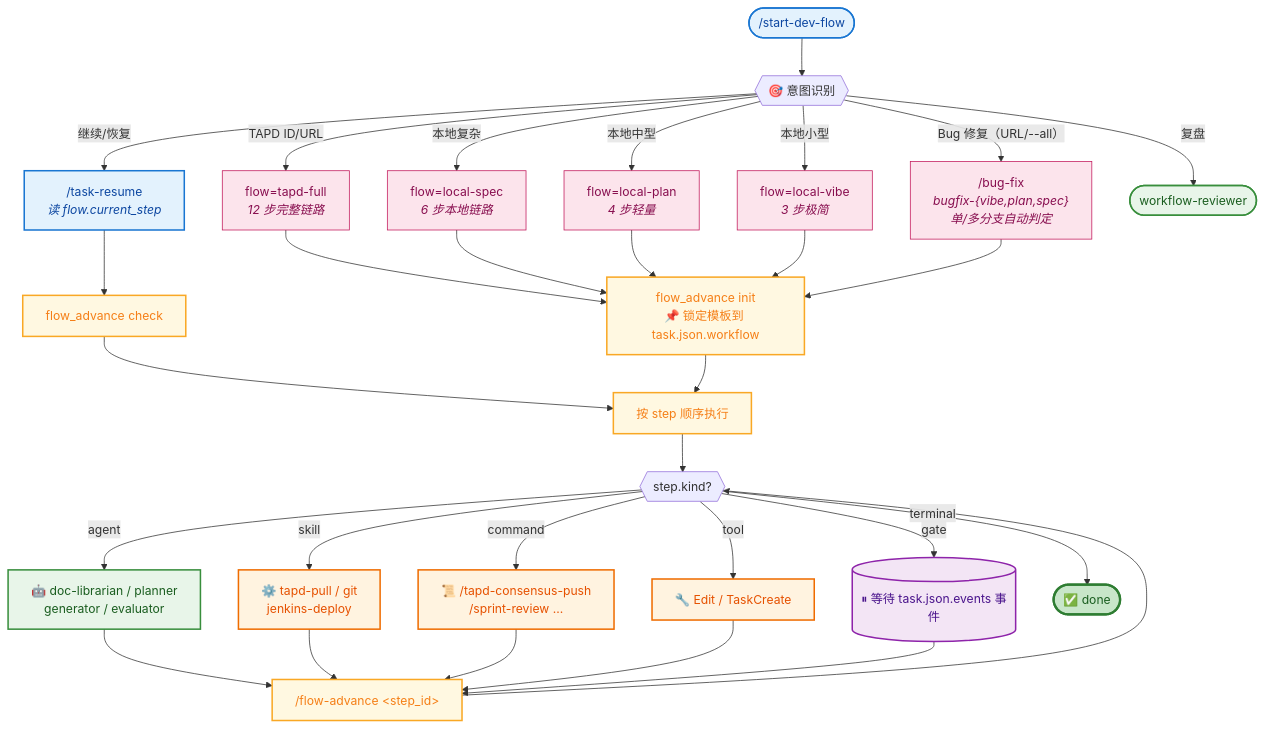
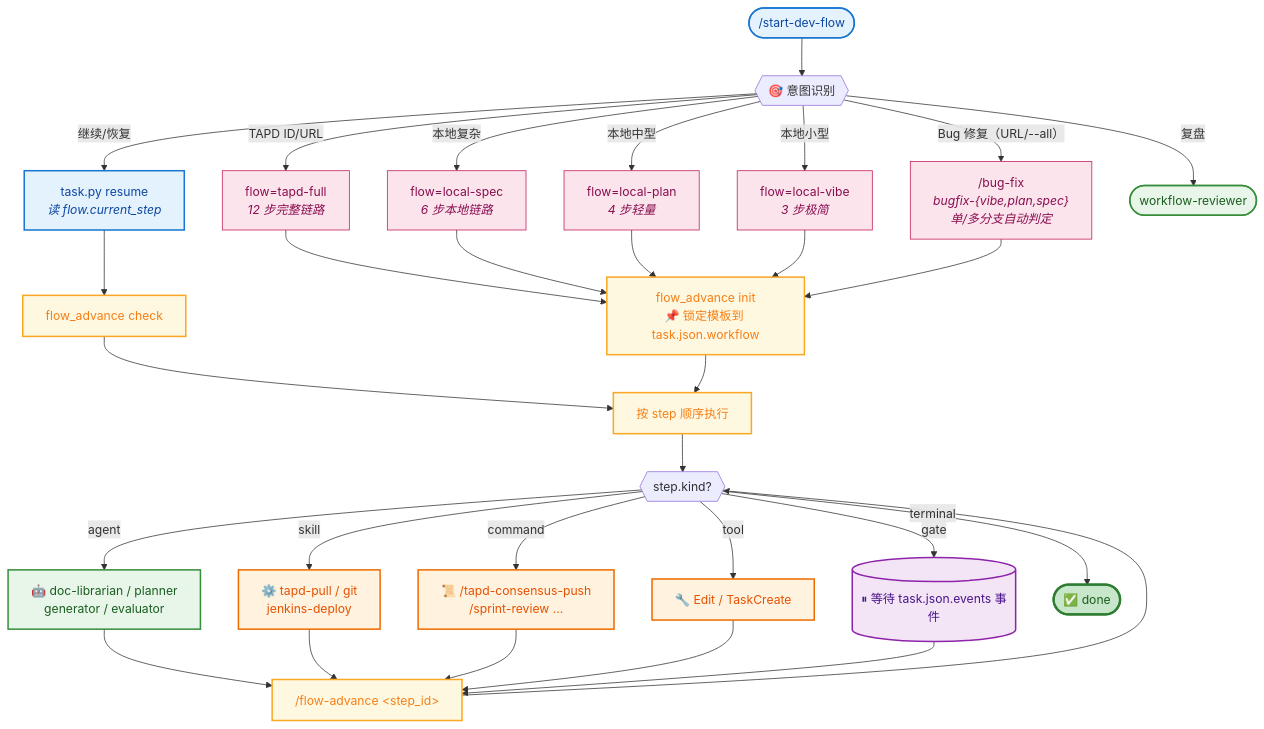
The first of 15 diagrams in README.md (dd-xiaozhi/dev-agent-flow), drawn with Mermaid before and after one commit. The commit also changed other lines of this file and 43 other files, not shown here.

````diff
--- a/README.md
+++ b/README.md
@@ -13,46 +13,46 @@
 ```mermaid
 flowchart TD
     START(["/start-dev-flow"]) --> 识别{{"🎯 意图识别"}}
 
     识别 -->|TAPD ID/URL| F1["flow=tapd-full<br/><i>12 步完整链路</i>"]
     识别 -->|本地复杂| F2["flow=local-spec<br/><i>6 步本地链路</i>"]
     识别 -->|本地中型| F3["flow=local-plan<br/><i>4 步轻量</i>"]
     识别 -->|本地小型| F4["flow=local-vibe<br/><i>3 步极简</i>"]
     识别 -->|"Bug 修复（URL/--all）"| BF["/bug-fix<br/><i>bugfix-{vibe,plan,spec}</i><br/><i>单/多分支自动判定</i>"]
-    识别 -->|继续/恢复| RES["/task-resume<br/><i>读 flow.current_step</i>"]
+    识别 -->|继续/恢复| RES["task.py resume<br/><i>读 flow.current_step</i>"]
     识别 -->|复盘| REV([workflow-reviewer])
 
     F1 & F2 & F3 & F4 & BF --> INIT["flow_advance init<br/>📌 锁定模板到 task.json.workflow"]
     RES --> CHECK["flow_advance check"]
     CHECK --> EXEC
 
     INIT --> EXEC["按 step 顺序执行"]
     EXEC --> KIND{{"step.kind?"}}
 
     KIND -->|agent| KA["🤖 doc-librarian / planner<br/>generator / evaluator"]
     KIND -->|skill| KS["⚙️ tapd-pull / git<br/>jenkins-deploy"]
     KIND -->|command| KC["📜 /tapd-consensus-push<br/>/sprint-review ..."]
     KIND -->|tool| KT["🔧 Edit / TaskCreate"]
     KIND -->|gate| KG[("⏸ 等待 task.json.events 事件")]
     KIND -->|terminal| END(["✅ done"])
 
     KA & KS & KC & KT & KG --> ADV["/flow-advance &lt;step_id&gt;"]
     ADV --> KIND
 
     classDef entry fill:#e3f2fd,stroke:#1976d2,stroke-width:2px,color:#0d47a1
     classDef ctrl fill:#fff8e1,stroke:#f9a825,stroke-width:2px,color:#f57f17
     classDef agent fill:#e8f5e9,stroke:#388e3c,stroke-width:2px,color:#1b5e20
     classDef skill fill:#fff3e0,stroke:#ef6c00,stroke-width:2px,color:#e65100
     classDef gate fill:#f3e5f5,stroke:#8e24aa,stroke-width:2px,color:#4a148c
     classDef done fill:#c8e6c9,stroke:#2e7d32,stroke-width:3px,color:#1b5e20
     classDef tpl fill:#fce4ec,stroke:#c2185b,stroke-width:1px,color:#880e4f
 
     class START,RES entry
     class INIT,CHECK,EXEC,ADV ctrl
     class KA agent
     class KS,KC,KT skill
     class KG gate
     class END done
     class F1,F2,F3,F4,BF tpl
     class REV agent
 ```
````
